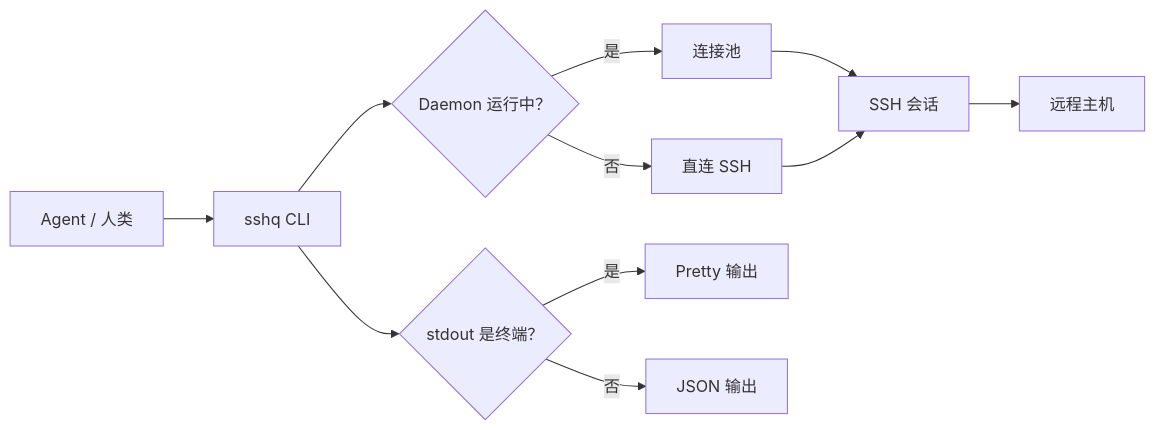
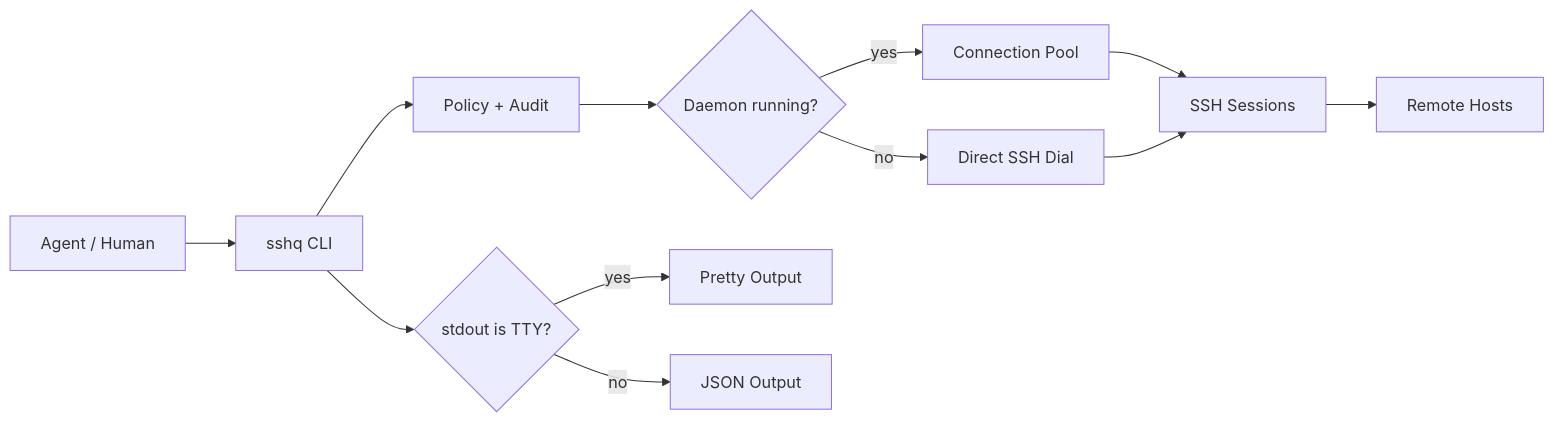
The diagram in README.zh-CN.md (shayuc137/sshq), drawn with Mermaid before and after one commit. The commit also changed other lines of this file and 26 other files, not shown here.

````diff
--- a/README.zh-CN.md
+++ b/README.zh-CN.md
@@ -74,14 +255,15 @@
 ```mermaid
 graph LR
-    A[Agent / 人类] --> B[sshq CLI]
-    B --> C{Daemon 运行中？}
-    C -->|是| D[连接池]
-    C -->|否| E[直连 SSH]
-    D --> F[SSH 会话]
+    A[Agent / Human] --> B[sshq CLI]
+    B --> P[Policy + Audit]
+    P --> C{Daemon running?}
+    C -->|yes| D[Connection Pool]
+    C -->|no| E[Direct SSH Dial]
+    D --> F[SSH Sessions]
     E --> F
-    F --> G[远程主机]
+    F --> G[Remote Hosts]
 
-    B --> H{stdout 是终端？}
-    H -->|是| I[Pretty 输出]
-    H -->|否| J[JSON 输出]
+    B --> H{stdout is TTY?}
+    H -->|yes| I[Pretty Output]
+    H -->|no| J[JSON Output]
 ```
````
